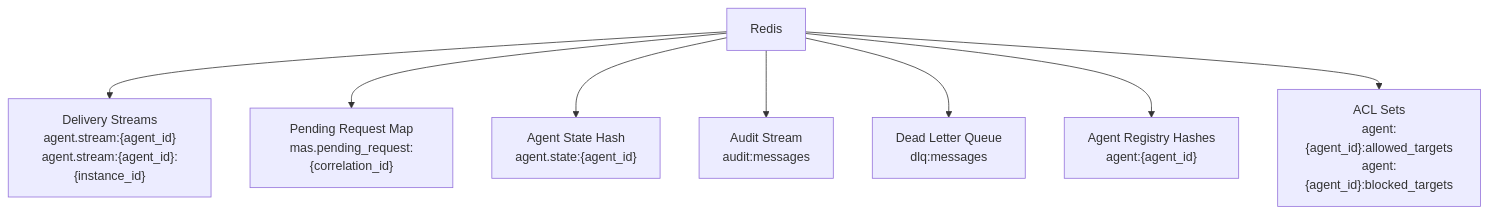
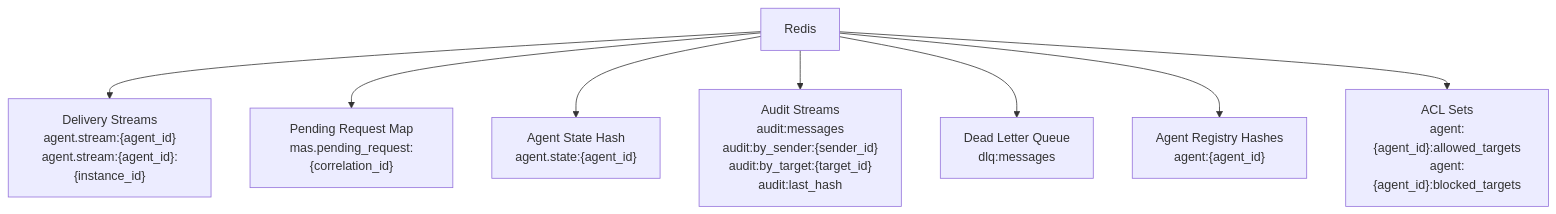
Before and after one commit to Vokality/mas-framework: the fourth of 4 diagrams in docs/architecture.md, drawn with Mermaid. The commit also changed other lines of this file and 27 other files, not shown here.

````diff
--- a/docs/architecture.md
+++ b/docs/architecture.md
@@ -148,20 +148,20 @@
 ```mermaid
 flowchart TB
     redis["Redis"]
 
     streams["Delivery Streams<br/>agent.stream:{agent_id}<br/>agent.stream:{agent_id}:{instance_id}"]
     pending["Pending Request Map<br/>mas.pending_request:{correlation_id}"]
     state["Agent State Hash<br/>agent.state:{agent_id}"]
-    audit["Audit Stream<br/>audit:messages"]
+    audit["Audit Streams<br/>audit:messages<br/>audit:by_sender:{sender_id}<br/>audit:by_target:{target_id}<br/>audit:last_hash"]
     dlq["Dead Letter Queue<br/>dlq:messages"]
     registry["Agent Registry Hashes<br/>agent:{agent_id}"]
     acl["ACL Sets<br/>agent:{agent_id}:allowed_targets<br/>agent:{agent_id}:blocked_targets"]
 
     redis --> streams
     redis --> pending
     redis --> state
     redis --> audit
     redis --> dlq
     redis --> registry
     redis --> acl
 ```
````
